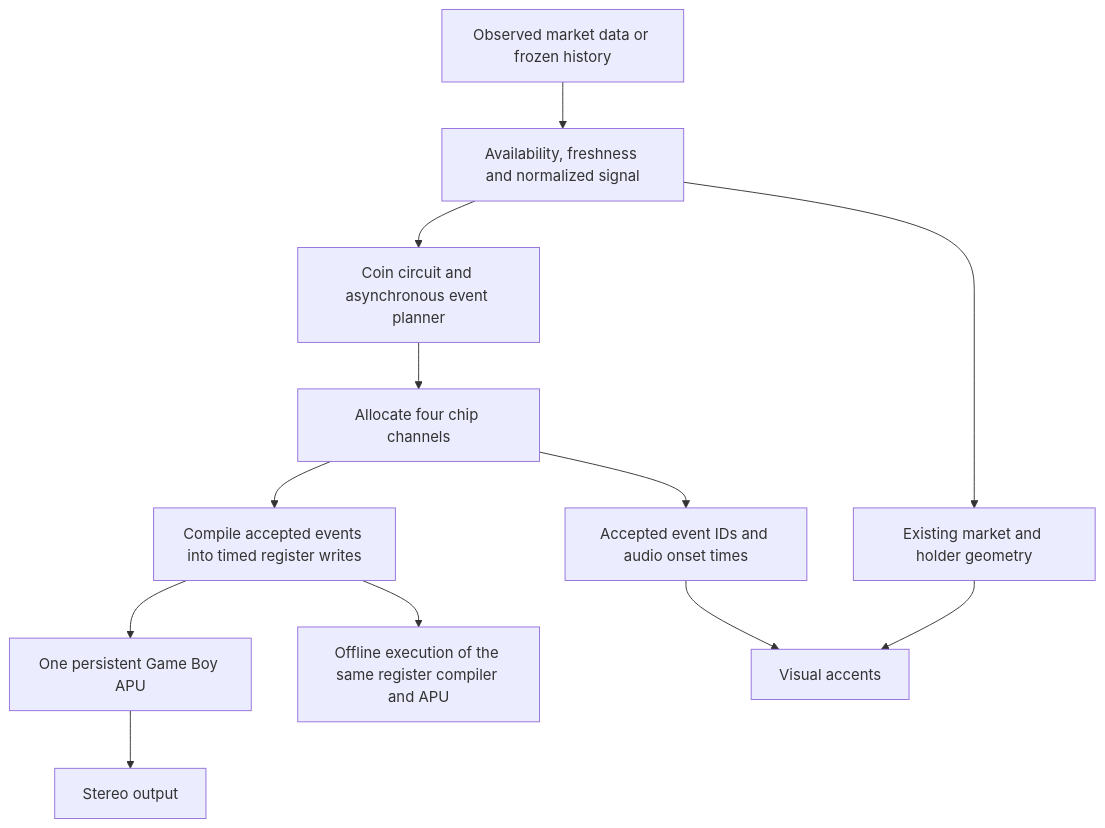
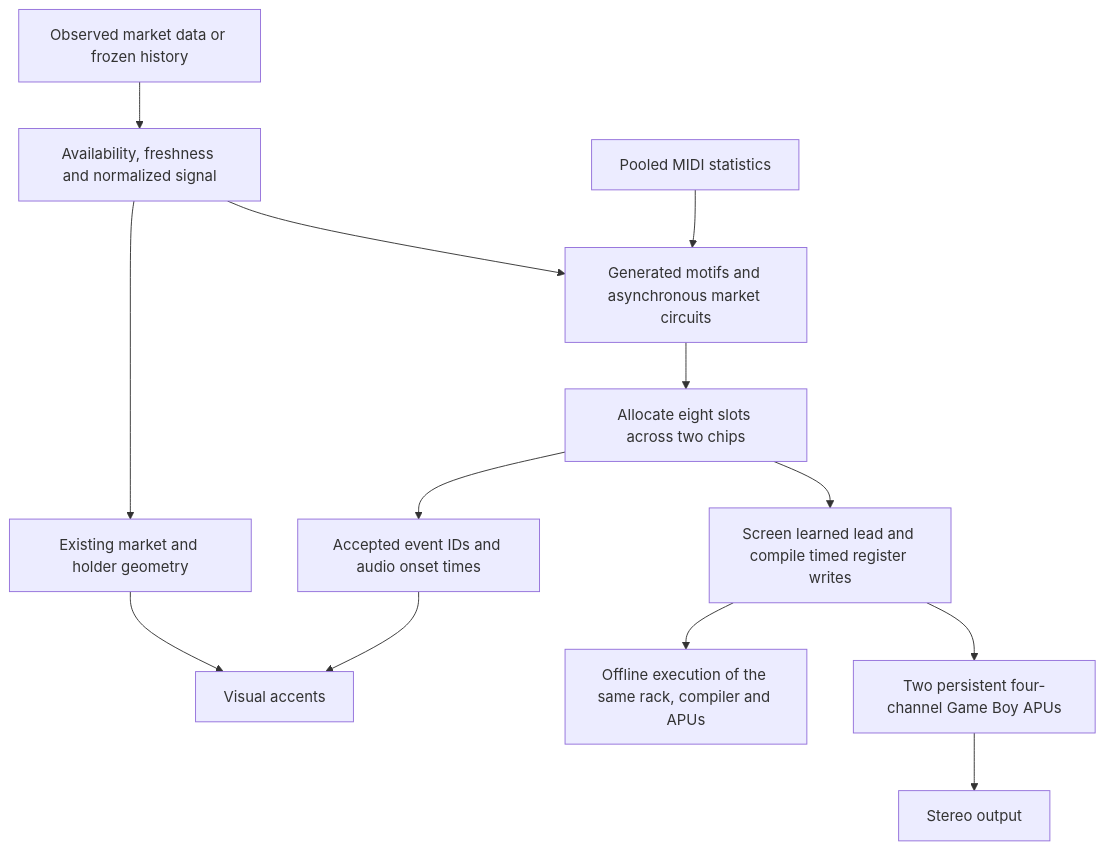
The diagram in docs/design/TRANSMISSION-INSTRUMENT.md (nchrl01/rhosnei.gr), drawn with Mermaid before and after one commit. The commit also changed other lines of this file and 33 other files, not shown here.

Commit message:
Arrange market phrases across two Game Boy chips

````diff
--- a/docs/design/TRANSMISSION-INSTRUMENT.md
+++ b/docs/design/TRANSMISSION-INSTRUMENT.md
@@ -17,14 +17,15 @@
 ```mermaid
 flowchart TD
   A[Observed market data or frozen history] --> B[Availability, freshness and normalized signal]
-  B --> C[Coin circuit and asynchronous event planner]
-  C --> D[Allocate four chip channels]
-  D --> E[Compile accepted events into timed register writes]
-  E --> F[One persistent Game Boy APU]
+  B --> C[Generated motifs and asynchronous market circuits]
+  M[Pooled MIDI statistics] --> C
+  C --> D[Allocate eight slots across two chips]
+  D --> E[Screen learned lead and compile timed register writes]
+  E --> F[Two persistent four-channel Game Boy APUs]
   F --> G[Stereo output]
   D --> H[Accepted event IDs and audio onset times]
   H --> I[Visual accents]
   B --> J[Existing market and holder geometry]
   J --> I
-  E --> K[Offline execution of the same register compiler and APU]
+  E --> K[Offline execution of the same rack, compiler and APUs]
 ```
````
